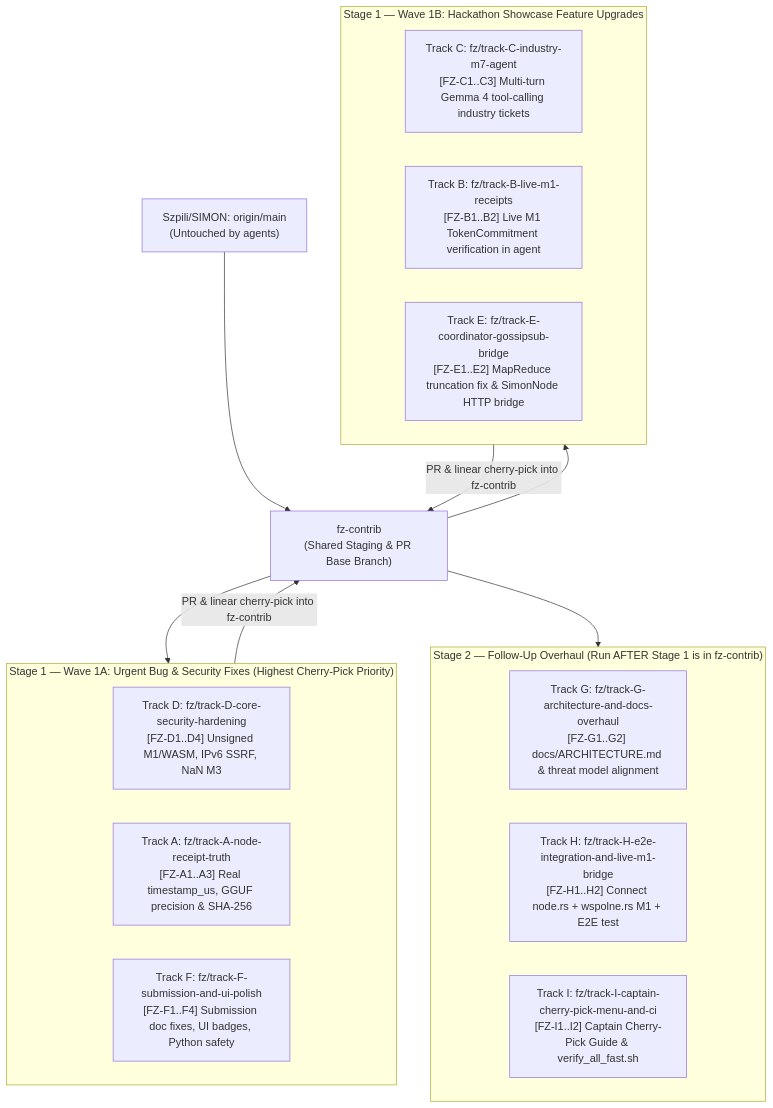
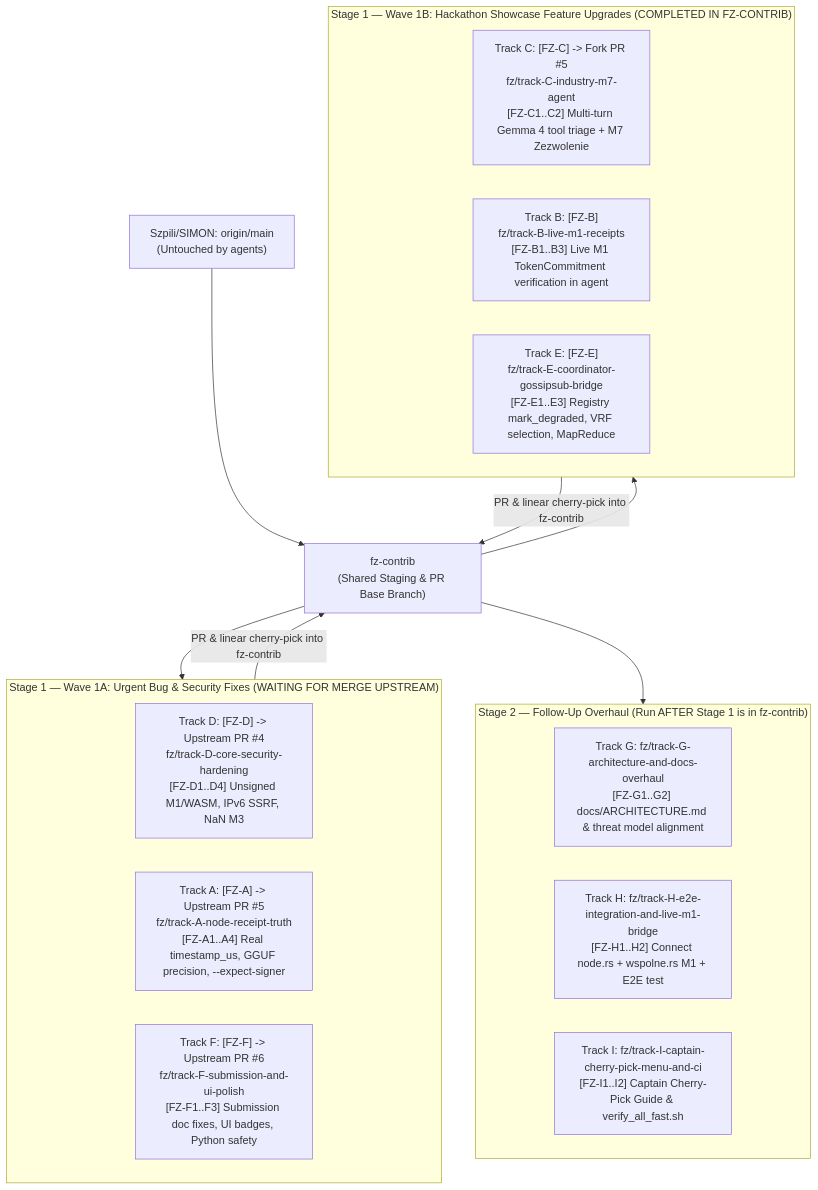
Before and after one commit to filipzarzynski/SIMPN_ARGON_HANDOWER: the diagram in parallel_agents/ORCHESTRATOR_GUIDE.md, drawn with Mermaid. The commit also changed 29 other files, not shown here.

Commit message:
docs(handover): align PR naming conventions, document upstream PRs #4, #5, #6, and record Stage 1 Track B, C, E completion

````diff
--- a/parallel_agents/ORCHESTRATOR_GUIDE.md
+++ b/parallel_agents/ORCHESTRATOR_GUIDE.md
@@ -16,30 +16,30 @@
 ```mermaid
 flowchart TD
     Main["Szpili/SIMON: origin/main<br/>(Untouched by agents)"]
     FZ["fz-contrib<br/>(Shared Staging & PR Base Branch)"]
     Main --> FZ
 
-    subgraph Wave1A["Stage 1 — Wave 1A: Urgent Bug & Security Fixes (Highest Cherry-Pick Priority)"]
-        TD["Track D: fz/track-D-core-security-hardening<br/>[FZ-D1..D4] Unsigned M1/WASM, IPv6 SSRF, NaN M3"]
-        TA["Track A: fz/track-A-node-receipt-truth<br/>[FZ-A1..A3] Real timestamp_us, GGUF precision & SHA-256"]
-        TF["Track F: fz/track-F-submission-and-ui-polish<br/>[FZ-F1..F4] Submission doc fixes, UI badges, Python safety"]
+    subgraph Wave1A["Stage 1 — Wave 1A: Urgent Bug & Security Fixes (WAITING FOR MERGE UPSTREAM)"]
+        TD["Track D: [FZ-D] -> Upstream PR #4<br/>fz/track-D-core-security-hardening<br/>[FZ-D1..D4] Unsigned M1/WASM, IPv6 SSRF, NaN M3"]
+        TA["Track A: [FZ-A] -> Upstream PR #5<br/>fz/track-A-node-receipt-truth<br/>[FZ-A1..A4] Real timestamp_us, GGUF precision, --expect-signer"]
+        TF["Track F: [FZ-F] -> Upstream PR #6<br/>fz/track-F-submission-and-ui-polish<br/>[FZ-F1..F3] Submission doc fixes, UI badges, Python safety"]
     end
 
-    subgraph Wave1B["Stage 1 — Wave 1B: Hackathon Showcase Feature Upgrades"]
-        TC["Track C: fz/track-C-industry-m7-agent<br/>[FZ-C1..C3] Multi-turn Gemma 4 tool-calling industry tickets"]
-        TB["Track B: fz/track-B-live-m1-receipts<br/>[FZ-B1..B2] Live M1 TokenCommitment verification in agent"]
-        TE["Track E: fz/track-E-coordinator-gossipsub-bridge<br/>[FZ-E1..E2] MapReduce truncation fix & SimonNode HTTP bridge"]
+    subgraph Wave1B["Stage 1 — Wave 1B: Hackathon Showcase Feature Upgrades (COMPLETED IN FZ-CONTRIB)"]
+        TC["Track C: [FZ-C] -> Fork PR #5<br/>fz/track-C-industry-m7-agent<br/>[FZ-C1..C2] Multi-turn Gemma 4 tool triage + M7 Zezwolenie"]
+        TB["Track B: [FZ-B]<br/>fz/track-B-live-m1-receipts<br/>[FZ-B1..B3] Live M1 TokenCommitment verification in agent"]
+        TE["Track E: [FZ-E]<br/>fz/track-E-coordinator-gossipsub-bridge<br/>[FZ-E1..E3] Registry mark_degraded, VRF selection, MapReduce"]
     end
 
     subgraph Stage2["Stage 2 — Follow-Up Overhaul (Run AFTER Stage 1 is in fz-contrib)"]
         TG["Track G: fz/track-G-architecture-and-docs-overhaul<br/>[FZ-G1..G2] docs/ARCHITECTURE.md & threat model alignment"]
         TH["Track H: fz/track-H-e2e-integration-and-live-m1-bridge<br/>[FZ-H1..H2] Connect node.rs + wspolne.rs M1 + E2E test"]
         TI["Track I: fz/track-I-captain-cherry-pick-menu-and-ci<br/>[FZ-I1..I2] Captain Cherry-Pick Guide & verify_all_fast.sh"]
     end
 
     FZ --> Wave1A
     FZ --> Wave1B
     Wave1A -->|"PR & linear cherry-pick into fz-contrib"| FZ
     Wave1B -->|"PR & linear cherry-pick into fz-contrib"| FZ
     FZ --> Stage2
 ```
````
